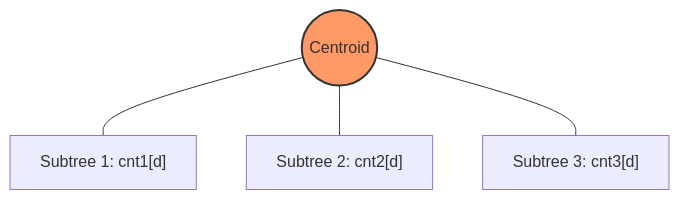
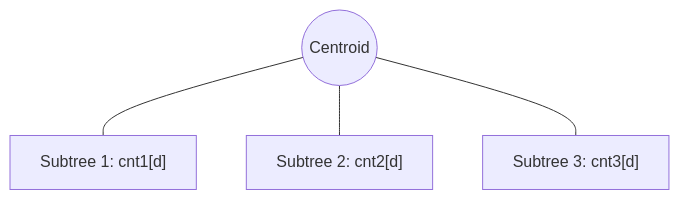
One commit to FPTOJ-OJ/fptoj_wiki changed the fourth of 4 diagrams in docs/lessons/centroid-decomposition.md. Above: the diagram before and after it, drawn with Mermaid. The commit also changed other lines of this file and 18 other files, not shown here.

First line of the commit message:
fix: LaTeX errors, mermaid theme switching, remove custom colors

````diff
--- a/docs/lessons/centroid-decomposition.md
+++ b/docs/lessons/centroid-decomposition.md
@@ -318,8 +346,6 @@
 ```mermaid
 graph TD
     C((Centroid)) --- S1["Subtree 1: cnt1[d]"]
     C --- S2["Subtree 2: cnt2[d]"]
     C --- S3["Subtree 3: cnt3[d]"]
-
-    style C fill:#f96,stroke:#333,stroke-width:2px
 ```
````
